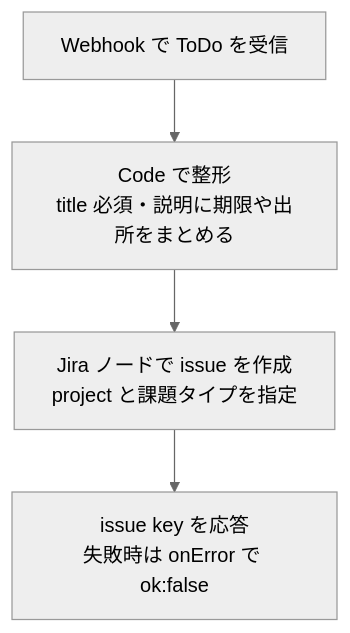
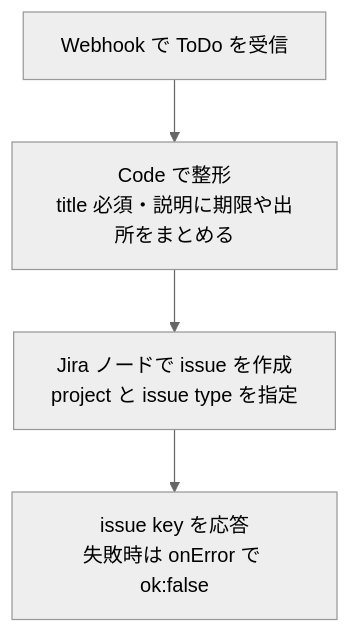
One commit to shinichitazawa/zenn-articles changed the second of 3 diagrams in articles/032-n8n-jira-bidirectional-no-inbound.md. Above: the diagram before and after it, drawn with Mermaid (neutral theme). The commit also changed other lines of this file and 18 other files, not shown here.

````diff
--- a/articles/032-n8n-jira-bidirectional-no-inbound.md
+++ b/articles/032-n8n-jira-bidirectional-no-inbound.md
@@ -49,6 +49,6 @@
 ```mermaid
 flowchart TB
   W[Webhook で ToDo を受信] --> C[Code で整形<br/>title 必須・説明に期限や出所をまとめる]
-  C --> J[Jira ノードで issue を作成<br/>project と課題タイプを指定]
+  C --> J[Jira ノードで issue を作成<br/>project と issue type を指定]
   J --> R[issue key を応答<br/>失敗時は onError で ok:false]
 ```
````
